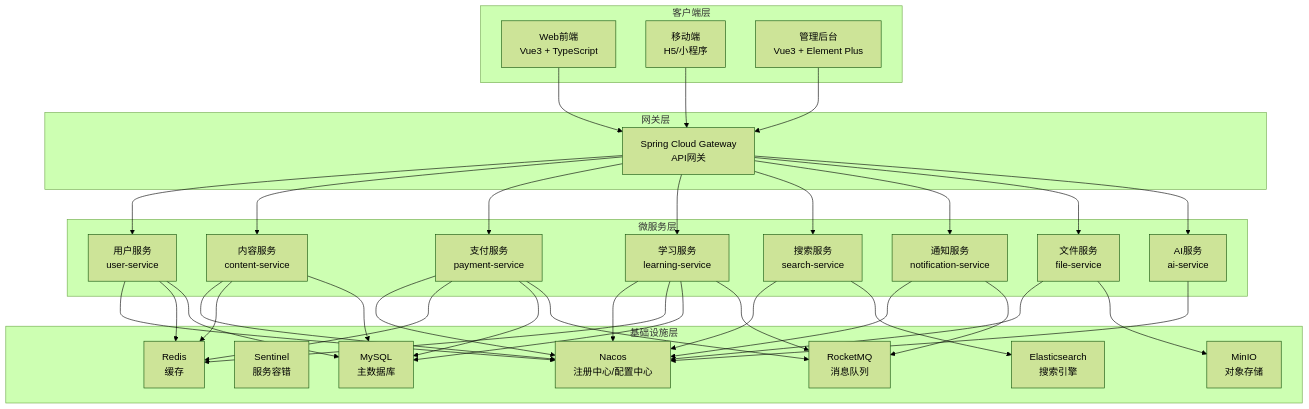
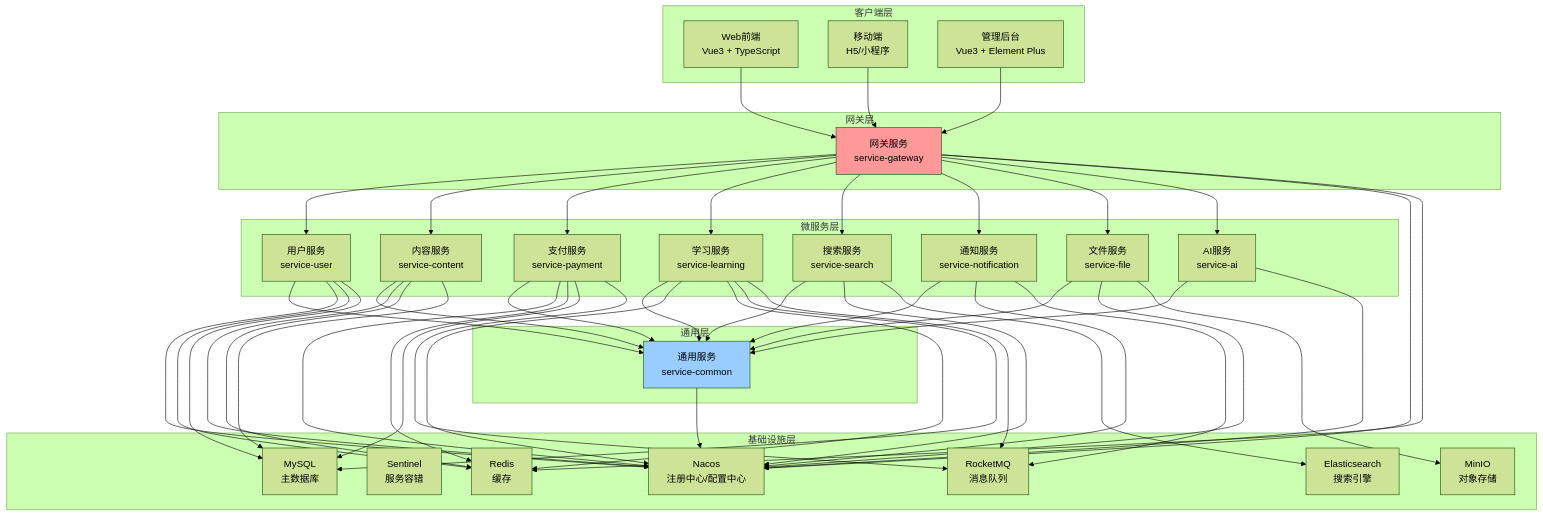
One commit to JCodeNest/JCodeNest-Wiki changed the first of 6 diagrams in document/需求文档.md. Above: the diagram before and after it, drawn with Mermaid (forest theme). The commit also changed other lines of this file and 11 other files, not shown here.

````diff
--- a/document/需求文档.md
+++ b/document/需求文档.md
@@ -58,18 +60,22 @@
     end
 
     subgraph "网关层"
-        Gateway[Spring Cloud Gateway<br/>API网关]
+        GatewayService[网关服务<br/>service-gateway]
+    end
+
+    subgraph "通用层"
+        CommonService[通用服务<br/>service-common]
     end
 
     subgraph "微服务层"
-        UserService[用户服务<br/>user-service]
-        ContentService[内容服务<br/>content-service]
-        PaymentService[支付服务<br/>payment-service]
-        LearningService[学习服务<br/>learning-service]
-        SearchService[搜索服务<br/>search-service]
-        NotificationService[通知服务<br/>notification-service]
-        FileService[文件服务<br/>file-service]
-        AIService[AI服务<br/>ai-service]
+        UserService[用户服务<br/>service-user]
+        ContentService[内容服务<br/>service-content]
+        PaymentService[支付服务<br/>service-payment]
+        LearningService[学习服务<br/>service-learning]
+        SearchService[搜索服务<br/>service-search]
+        NotificationService[通知服务<br/>service-notification]
+        FileService[文件服务<br/>service-file]
+        AIService[AI服务<br/>service-ai]
     end
 
     subgraph "基础设施层"
@@ -82,19 +88,30 @@
         MinIO[MinIO<br/>对象存储]
     end
 
-    Web --> Gateway
-    Mobile --> Gateway
-    Admin --> Gateway
+    Web --> GatewayService
+    Mobile --> GatewayService
+    Admin --> GatewayService
 
-    Gateway --> UserService
-    Gateway --> ContentService
-    Gateway --> PaymentService
-    Gateway --> LearningService
-    Gateway --> SearchService
-    Gateway --> NotificationService
-    Gateway --> FileService
-    Gateway --> AIService
+    GatewayService --> UserService
+    GatewayService --> ContentService
+    GatewayService --> PaymentService
+    GatewayService --> LearningService
+    GatewayService --> SearchService
+    GatewayService --> NotificationService
+    GatewayService --> FileService
+    GatewayService --> AIService
 
+    UserService --> CommonService
+    ContentService --> CommonService
+    PaymentService --> CommonService
+    LearningService --> CommonService
+    SearchService --> CommonService
+    NotificationService --> CommonService
+    FileService --> CommonService
+    AIService --> CommonService
+
+    GatewayService --> Nacos
+    CommonService --> Nacos
     UserService --> Nacos
     ContentService --> Nacos
     PaymentService --> Nacos
@@ -104,6 +121,7 @@
     FileService --> Nacos
     AIService --> Nacos
 
+    GatewayService --> Redis
     UserService --> Redis
     ContentService --> Redis
     PaymentService --> Redis
@@ -120,4 +138,7 @@
     NotificationService --> RocketMQ
     PaymentService --> RocketMQ
     LearningService --> RocketMQ
+
+    style GatewayService fill:#ff9999
+    style CommonService fill:#99ccff
 ```
````
